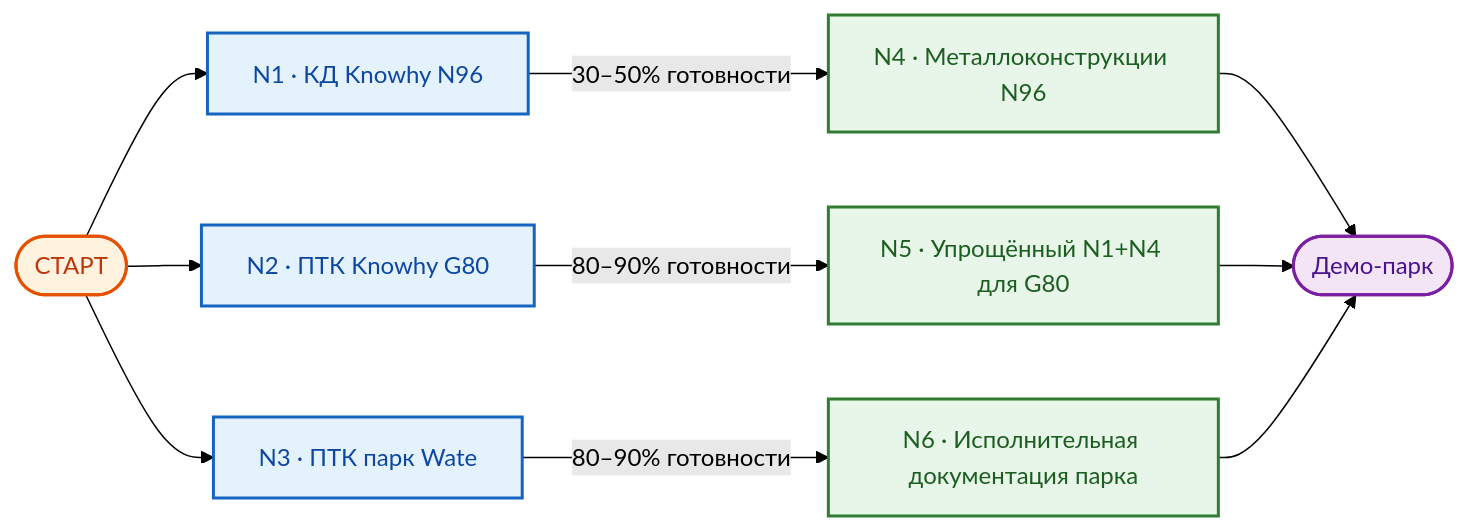
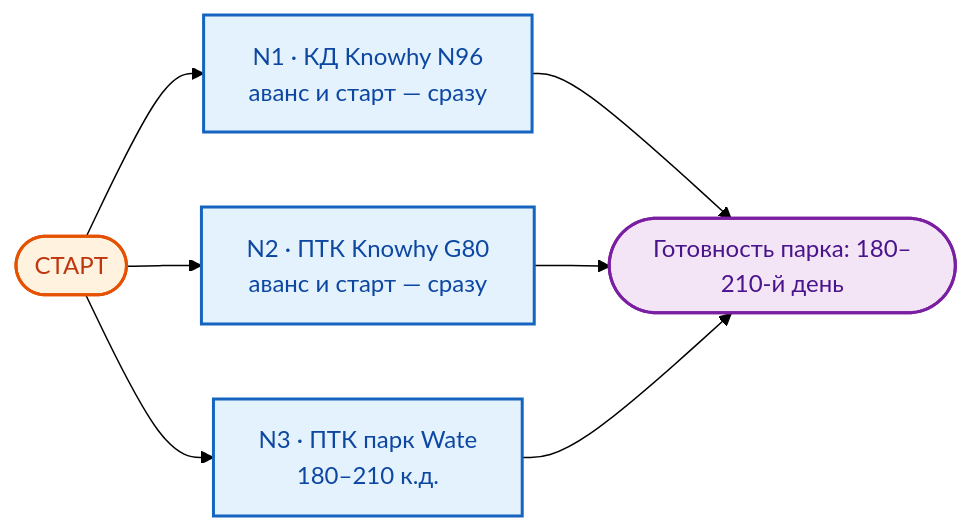
One commit to Konkery/Project-8_2026-N0-HORIZON changed the second of 5 diagrams in 04__Договор/pre-contract-negotiations.md. Above: the diagram before and after it, drawn with Mermaid (forest theme). The commit also changed other lines of this file and 5 other files, not shown here.

````diff
--- a/04__Договор/pre-contract-negotiations.md
+++ b/04__Договор/pre-contract-negotiations.md
@@ -350,17 +388,14 @@
 ```mermaid
 flowchart LR
     classDef storage fill:#E3F2FD,stroke:#1565C0,stroke-width:2px,color:#0D47A1;
     classDef engine  fill:#FFF3E0,stroke:#E65100,stroke-width:2px,color:#BF360C;
     classDef lib     fill:#E8F5E9,stroke:#2E7D32,stroke-width:2px,color:#1B5E20;
     classDef output  fill:#F3E5F5,stroke:#7B1FA2,stroke-width:2px,color:#4A148C;
 
-    S([СТАРТ]):::engine --> N1[N1 · КД Knowhy N96]:::storage
-    S --> N2[N2 · ПТК Knowhy G80]:::storage
-    S --> N3[N3 · ПТК парк Wate]:::storage
-    N1 -- 30–50% готовности --> N4[N4 · Металлоконструкции N96]:::lib
-    N2 -- 80–90% готовности --> N5[N5 · Упрощённый N1+N4 для G80]:::lib
-    N3 -- 80–90% готовности --> N6[N6 · Исполнительная документация парка]:::lib
-    N4 --> DEMO([Демо-парк]):::output
-    N5 --> DEMO
-    N6 --> DEMO
+    S([СТАРТ]):::engine --> N1[N1 · КД Knowhy N96<br/>аванс и старт — сразу]:::storage
+    S --> N2[N2 · ПТК Knowhy G80<br/>аванс и старт — сразу]:::storage
+    S --> N3[N3 · ПТК парк Wate<br/>180–210 к.д.]:::storage
+    N1 --> READY([Готовность парка: 180–210-й день]):::output
+    N2 --> READY
+    N3 --> READY
 ```
````
